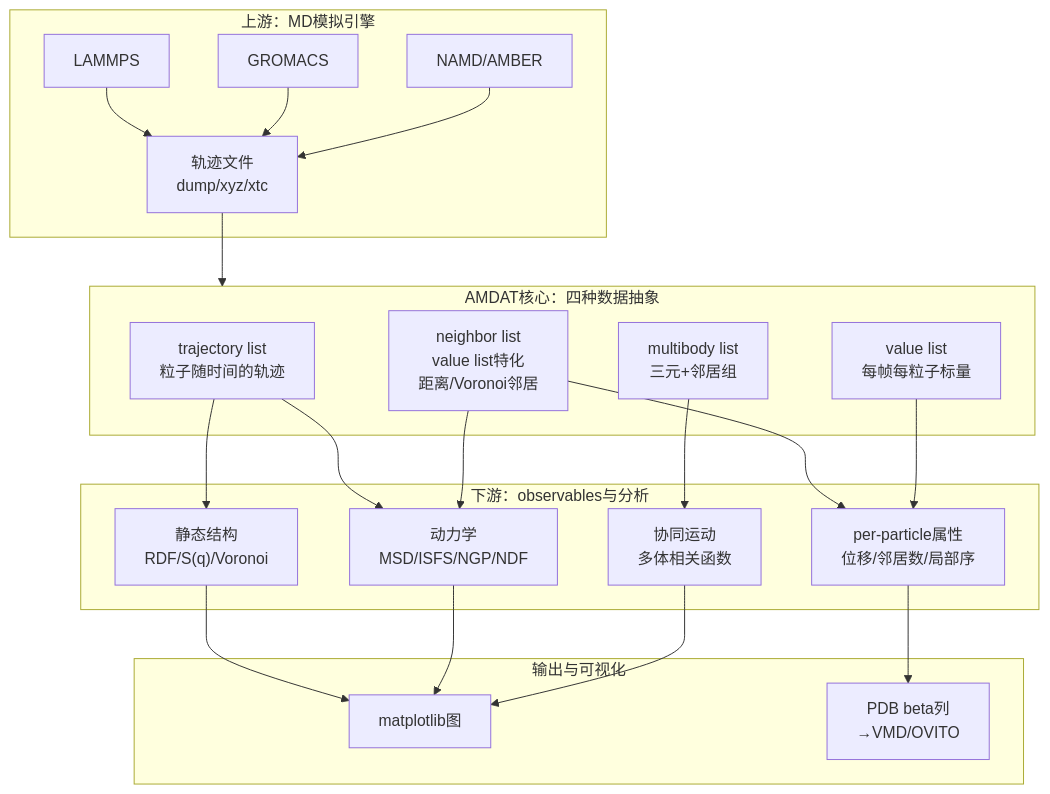
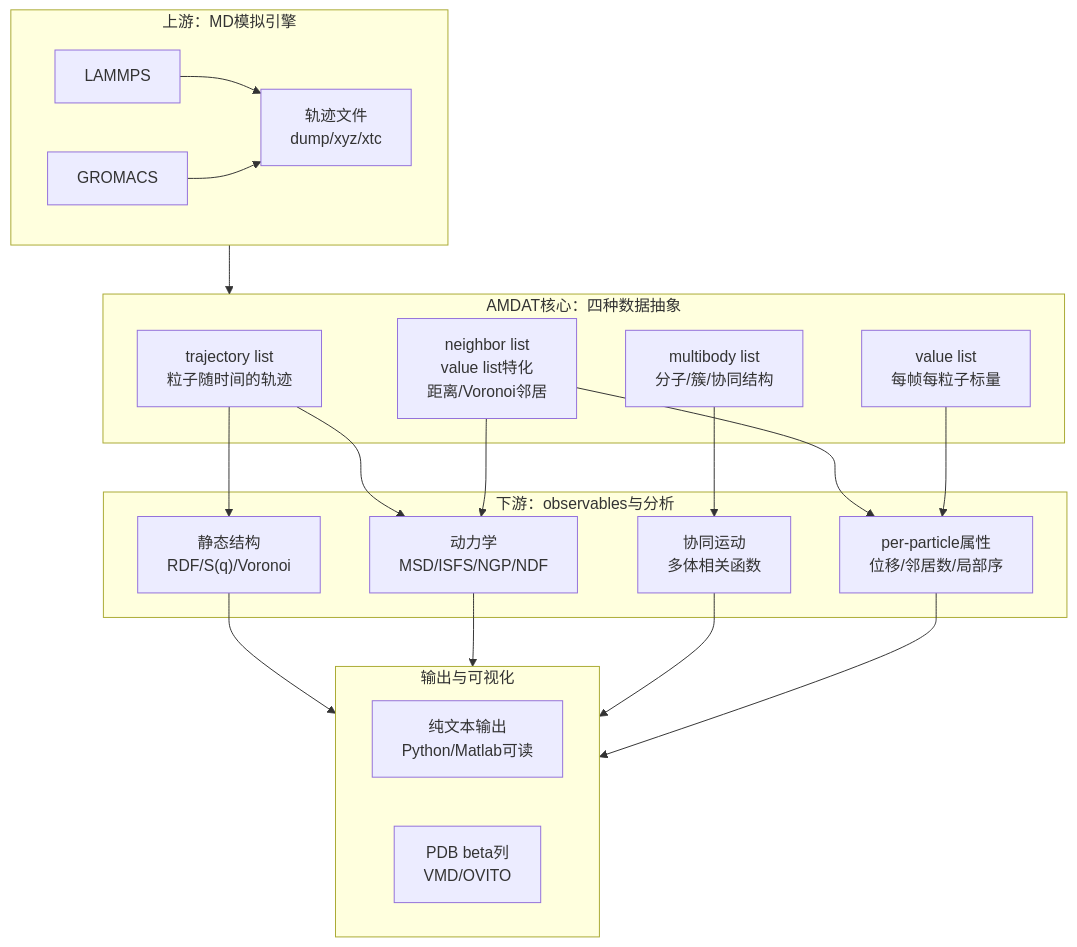
Before and after one commit to gxf1212/mendelevium: the diagram in _pages/Molecular Dynamics/Modeling & Tools/2026-06-06-amdat-amorphous-md-analysis.md, drawn with Mermaid. The commit also changed other lines of this file and 6 other files, not shown here.

````diff
--- a/_pages/Molecular Dynamics/Modeling & Tools/2026-06-06-amdat-amorphous-md-analysis.md
+++ b/_pages/Molecular Dynamics/Modeling & Tools/2026-06-06-amdat-amorphous-md-analysis.md
@@ -42,38 +49,41 @@
 ```mermaid
 graph TB
     subgraph S1["上游：MD模拟引擎"]
+        direction LR
         A1["LAMMPS"] --> X["轨迹文件<br/>dump/xyz/xtc"]
         A2["GROMACS"] --> X
-        A3["NAMD/AMBER"] --> X
     end
 
     subgraph S2["AMDAT核心：四种数据抽象"]
         B1["trajectory list<br/>粒子随时间的轨迹"]
         B2["neighbor list<br/>value list特化<br/>距离/Voronoi邻居"]
-        B3["multibody list<br/>三元+邻居组"]
+        B3["multibody list<br/>分子/簇/协同结构"]
         B4["value list<br/>每帧每粒子标量"]
     end
 
     X --> S2
 
     subgraph S3["下游：observables与分析"]
         C1["静态结构<br/>RDF/S(q)/Voronoi"]
         C2["动力学<br/>MSD/ISFS/NGP/NDF"]
         C3["协同运动<br/>多体相关函数"]
         C4["per-particle属性<br/>位移/邻居数/局部序"]
     end
 
     B1 --> C1
     B1 --> C2
     B2 --> C2
     B2 --> C4
     B3 --> C3
     B4 --> C4
 
     subgraph S4["输出与可视化"]
-        C1 --> D1["matplotlib图"]
+        direction LR
+        D1["纯文本输出<br/>Python/Matlab可读"]
+        D2["PDB beta列<br/>VMD/OVITO"]
+        C1 --> D1
         C2 --> D1
         C3 --> D1
-        C4 --> D2["PDB beta列<br/>→VMD/OVITO"]
+        C4 --> D2
     end
 ```
````
